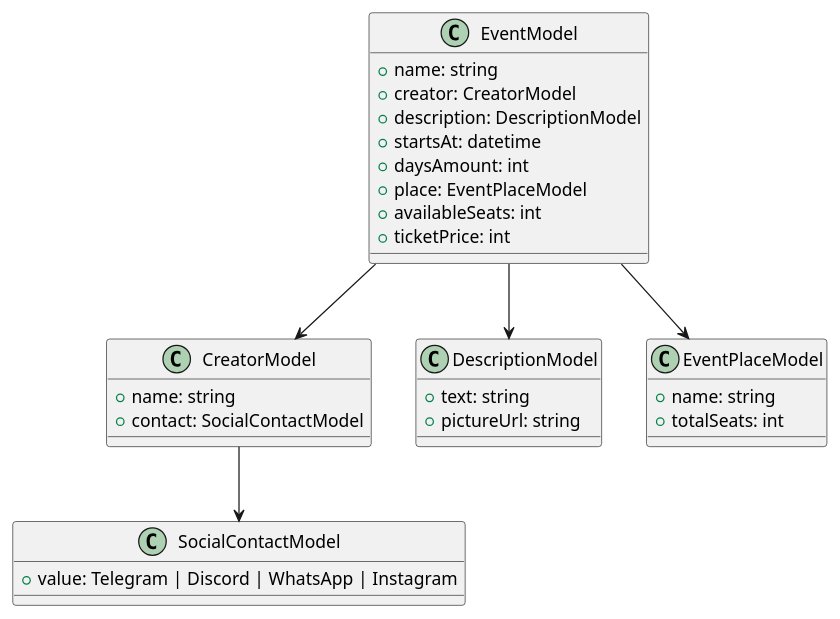
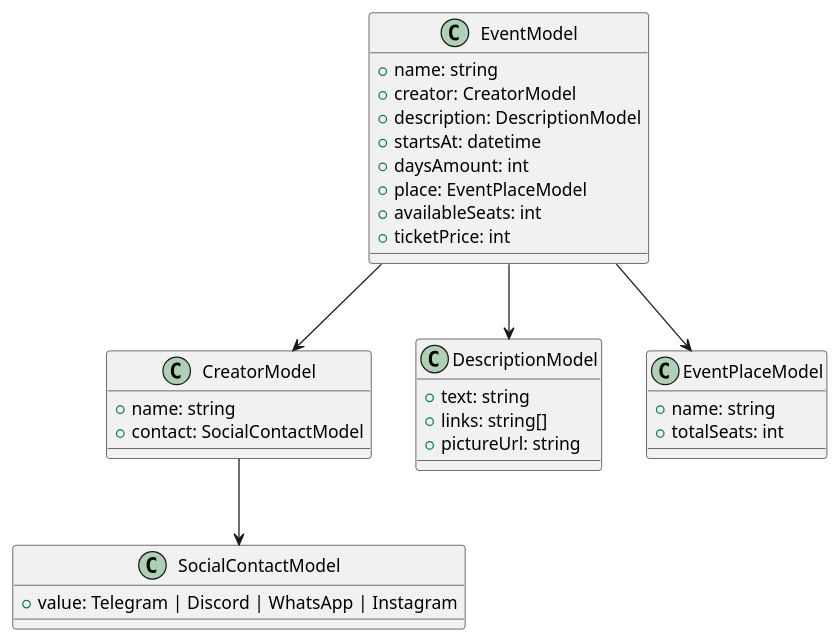
Diagram 23 of 25 in README.org (ai-shift/cyber-valley-tickets), drawn with PlantUML before and after one commit. The commit also changed other lines of this file and 9 other files, not shown here.

```diff
--- a/README.org
+++ b/README.org
@@ -739,36 +738,37 @@
 #+begin_src plantuml :file ./img/event-model.png
 class EventModel {
   + name: string
   + creator: CreatorModel
   + description: DescriptionModel
   + startsAt: datetime
   + daysAmount: int
   + place: EventPlaceModel
   + availableSeats: int
   + ticketPrice: int
 }
 
 class CreatorModel {
   + name: string
   + contact: SocialContactModel
 }
 
 class DescriptionModel {
   + text: string
+  + links: string[]
   + pictureUrl: string
 }
 
 class EventPlaceModel {
   + name: string
   + totalSeats: int
 }
 
 class SocialContactModel {
   + value: Telegram | Discord | WhatsApp | Instagram
 }
 
 EventModel --> CreatorModel
 EventModel --> DescriptionModel
 EventModel --> EventPlaceModel
 CreatorModel --> SocialContactModel
 #+end_src
```
